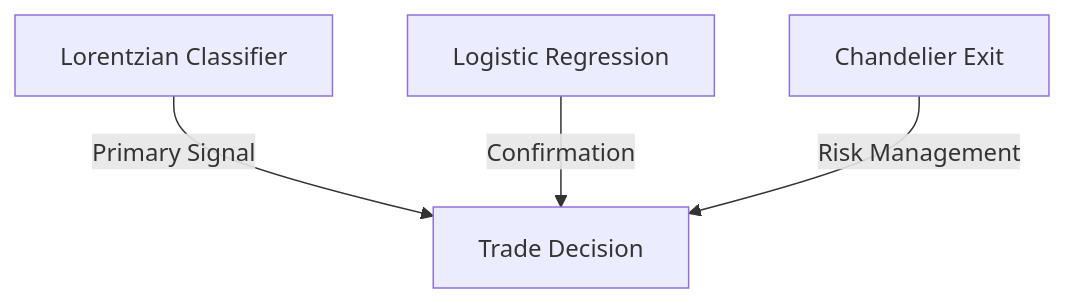
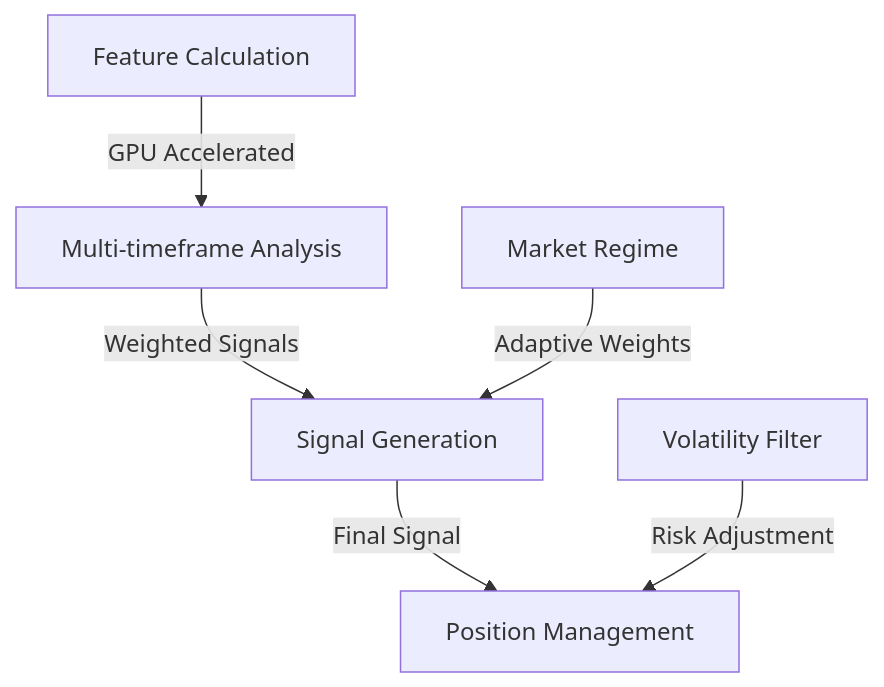
Before and after one commit to dextrorsal/user_data: the diagram in docs/TECHNICAL_STRATEGY.md, drawn with Mermaid. The commit also changed other lines of this file and 38 other files, not shown here.

````diff
--- a/docs/TECHNICAL_STRATEGY.md
+++ b/docs/TECHNICAL_STRATEGY.md
@@ -16,6 +16,8 @@
 ```mermaid
 graph TD
-    A[Lorentzian Classifier] -->|Primary Signal| D[Trade Decision]
-    B[Logistic Regression] -->|Confirmation| D
-    C[Chandelier Exit] -->|Risk Management| D
+    A[Feature Calculation] -->|GPU Accelerated| B[Multi-timeframe Analysis]
+    B -->|Weighted Signals| C[Signal Generation]
+    D[Market Regime] -->|Adaptive Weights| C
+    C -->|Final Signal| E[Position Management]
+    F[Volatility Filter] -->|Risk Adjustment| E
 ```
````
